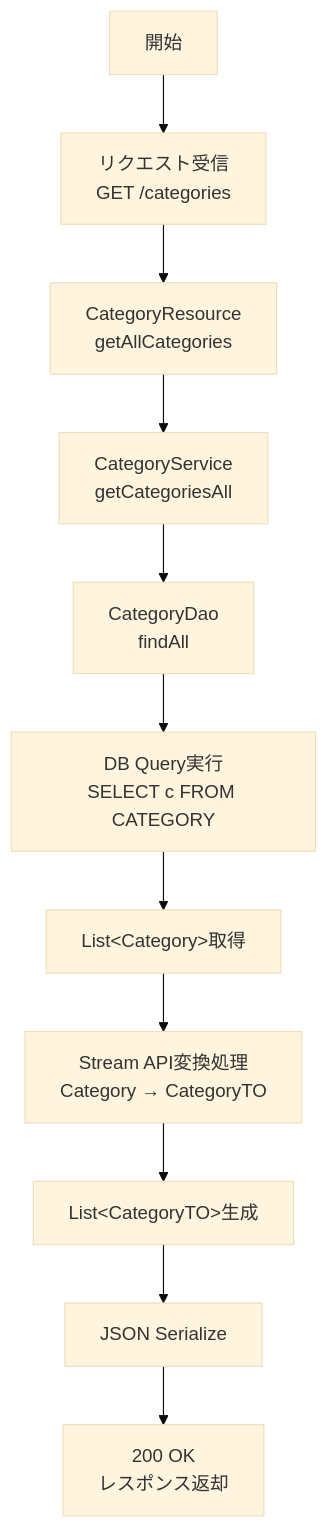
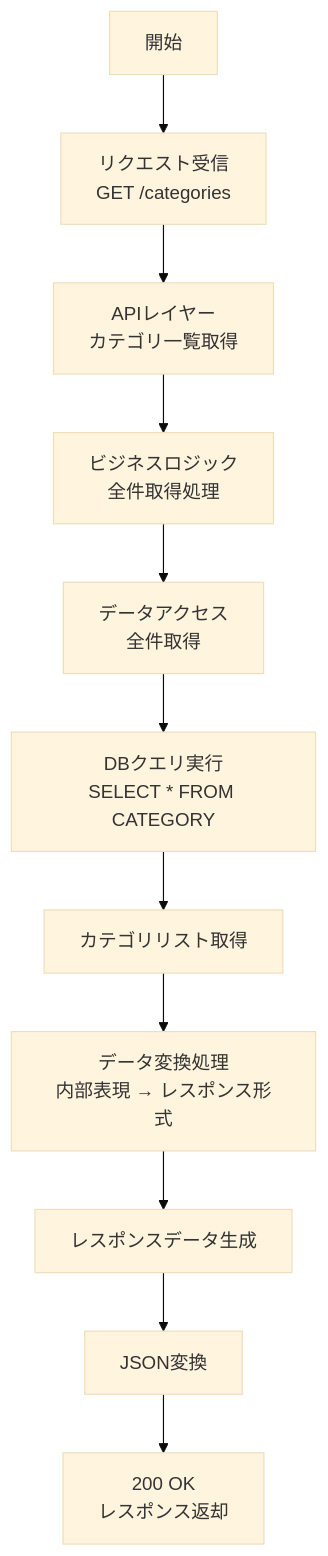
One commit to KenyaSaitoh/ai_driven_dev_202601 changed the second of 5 diagrams in projects/sdd/bookstore/back-office-api-sdd/specs/baseline/api/API_003_categories/functional_design.md. Above: the diagram before and after it, drawn with Mermaid (base theme). The commit also changed other lines of this file and 52 other files, not shown here.

````diff
--- a/projects/sdd/bookstore/back-office-api-sdd/specs/baseline/api/API_003_categories/functional_design.md
+++ b/projects/sdd/bookstore/back-office-api-sdd/specs/baseline/api/API_003_categories/functional_design.md
@@ -340,13 +297,13 @@
 ```mermaid
 flowchart TD
     A[開始] --> B[リクエスト受信<br/>GET /categories]
-    B --> C[CategoryResource<br/>getAllCategories]
-    C --> D[CategoryService<br/>getCategoriesAll]
-    D --> E[CategoryDao<br/>findAll]
-    E --> F[DB Query実行<br/>SELECT c FROM CATEGORY]
-    F --> G[List&lt;Category&gt;取得]
-    G --> H[Stream API変換処理<br/>Category → CategoryTO]
-    H --> I[List&lt;CategoryTO&gt;生成]
-    I --> J[JSON Serialize]
+    B --> C[APIレイヤー<br/>カテゴリ一覧取得]
+    C --> D[ビジネスロジック<br/>全件取得処理]
+    D --> E[データアクセス<br/>全件取得]
+    E --> F[DBクエリ実行<br/>SELECT * FROM CATEGORY]
+    F --> G[カテゴリリスト取得]
+    G --> H[データ変換処理<br/>内部表現 → レスポンス形式]
+    H --> I[レスポンスデータ生成]
+    I --> J[JSON変換]
     J --> K[200 OK<br/>レスポンス返却]
 ```
````
